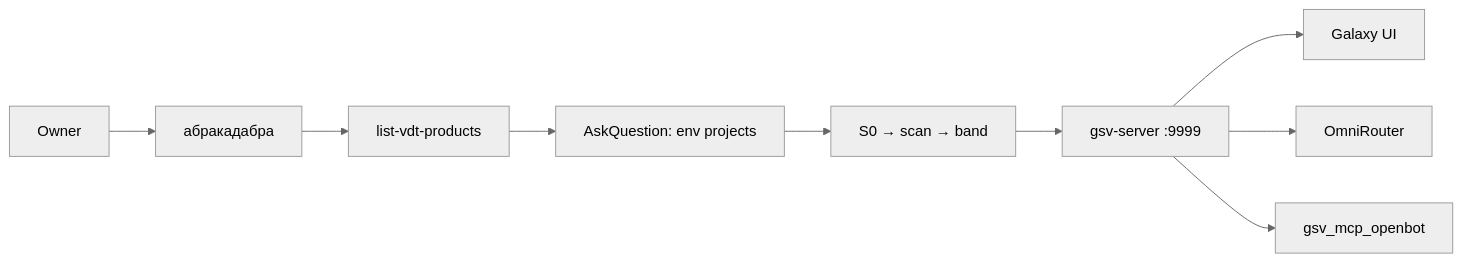
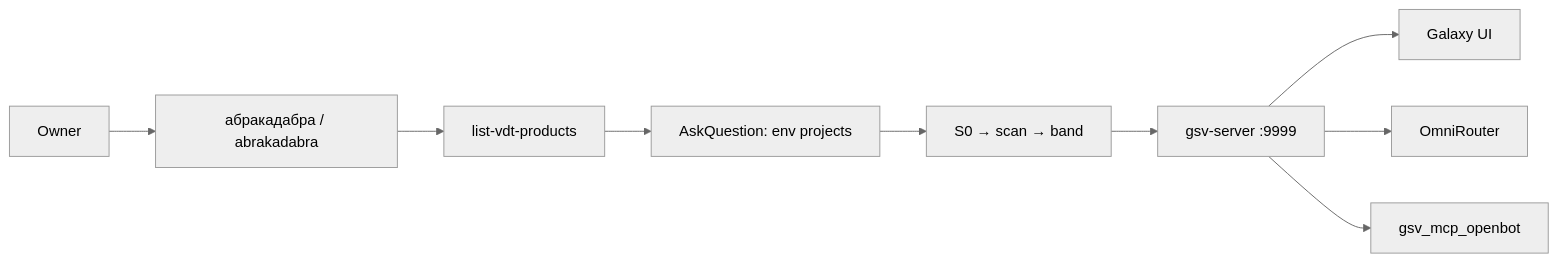
The diagram in README.md (platinoff/GSV), drawn with Mermaid (neutral theme) before and after one commit. The commit also changed other lines of this file and 34 other files, not shown here.

````diff
--- a/README.md
+++ b/README.md
@@ -41,11 +41,11 @@
 ```mermaid
 flowchart LR
-  Owner[Owner] --> Ask[абракадабра]
+  Owner[Owner] --> Ask["абракадабра / abrakadabra"]
   Ask --> Scan[list-vdt-products]
   Scan --> Pick[AskQuestion: env projects]
   Pick --> Drain[S0 → scan → band]
   Drain --> GSV[gsv-server :9999]
   GSV --> UI[Galaxy UI]
   GSV --> Omni[OmniRouter]
   GSV --> MCP[gsv_mcp_openbot]
 ```
````
